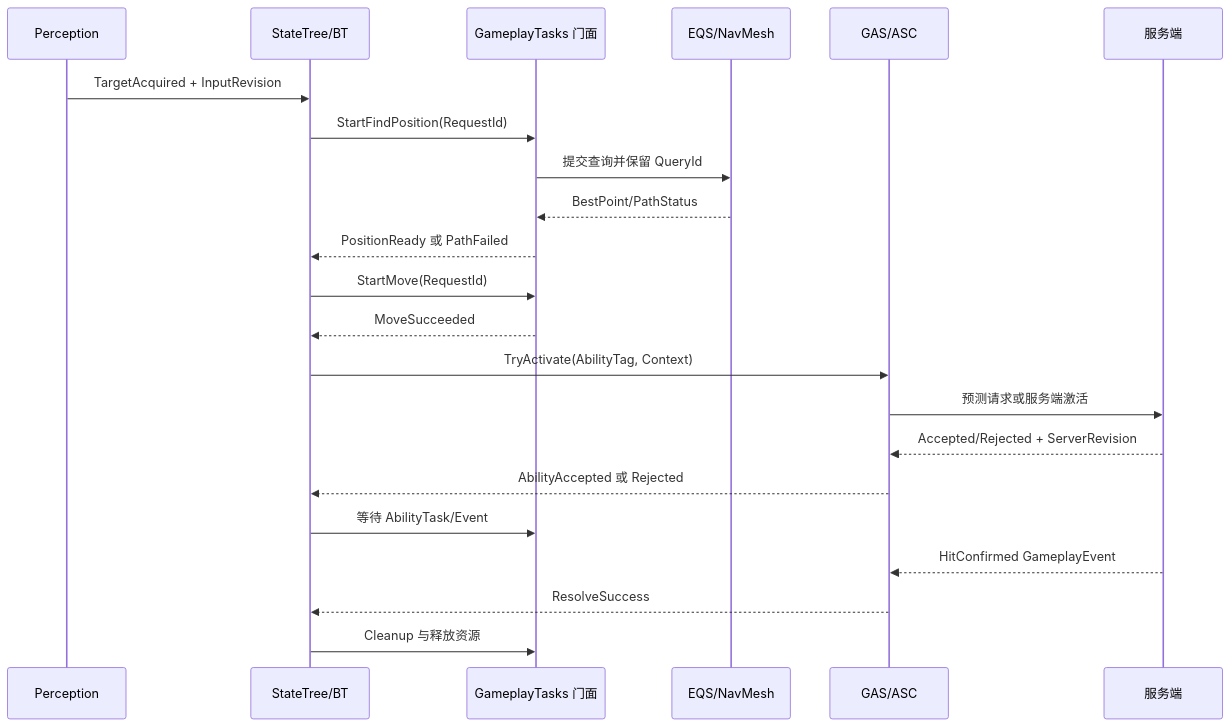
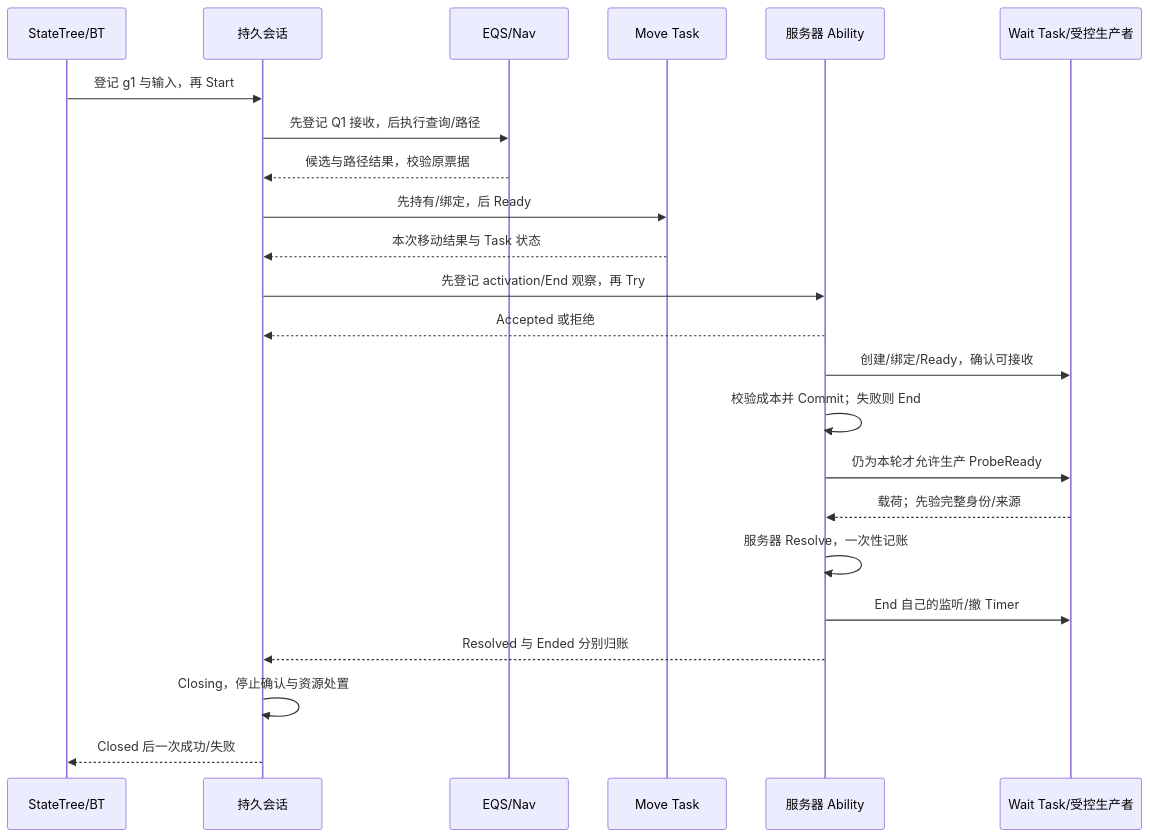
Before and after one commit to fantuan812/learning: the third of 4 diagrams in 知识/06-游戏AI/感知决策与行为规划/07-GameplayTasks-StateTree-GAS-AI协同.md, drawn with Mermaid. The commit also changed other lines of this file and 1 other file, not shown here.

````diff
--- a/知识/06-游戏AI/感知决策与行为规划/07-GameplayTasks-StateTree-GAS-AI协同.md
+++ b/知识/06-游戏AI/感知决策与行为规划/07-GameplayTasks-StateTree-GAS-AI协同.md
@@ -415,24 +577,25 @@
 ```mermaid
 sequenceDiagram
-    participant Per as Perception
-    participant Dec as StateTree/BT
-    participant Task as GameplayTasks 门面
-    participant EQS as EQS/NavMesh
-    participant ASC as GAS/ASC
-    participant Srv as 服务端
-    Per->>Dec: TargetAcquired + InputRevision
-    Dec->>Task: StartFindPosition(RequestId)
-    Task->>EQS: 提交查询并保留 QueryId
-    EQS-->>Task: BestPoint/PathStatus
-    Task-->>Dec: PositionReady 或 PathFailed
-    Dec->>Task: StartMove(RequestId)
-    Task-->>Dec: MoveSucceeded
-    Dec->>ASC: TryActivate(AbilityTag, Context)
-    ASC->>Srv: 预测请求或服务端激活
-    Srv-->>ASC: Accepted/Rejected + ServerRevision
-    ASC-->>Dec: AbilityAccepted 或 Rejected
-    Dec->>Task: 等待 AbilityTask/Event
-    Srv-->>ASC: HitConfirmed GameplayEvent
-    ASC-->>Dec: ResolveSuccess
-    Dec->>Task: Cleanup 与释放资源
+    participant D as StateTree/BT
+    participant S as 持久会话
+    participant Q as EQS/Nav
+    participant M as Move Task
+    participant A as 服务器 Ability
+    participant W as Wait Task/受控生产者
+    D->>S: 登记 g1 与输入，再 Start
+    S->>Q: 先登记 Q1 接收，后执行查询/路径
+    Q-->>S: 候选与路径结果，校验原票据
+    S->>M: 先持有/绑定，后 Ready
+    M-->>S: 本次移动结果与 Task 状态
+    S->>A: 先登记 activation/End 观察，再 Try
+    A-->>S: Accepted 或拒绝
+    A->>W: 创建/绑定/Ready，确认可接收
+    A->>A: 校验成本并 Commit；失败则 End
+    A->>W: 仍为本轮才允许生产 ProbeReady
+    W-->>A: 载荷；先验完整身份/来源
+    A->>A: 服务器 Resolve，一次性记账
+    A->>W: End 自己的监听/撤 Timer
+    A-->>S: Resolved 与 Ended 分别归账
+    S->>S: Closing，停止确认与资源处置
+    S-->>D: Closed 后一次成功/失败
 ```
````
